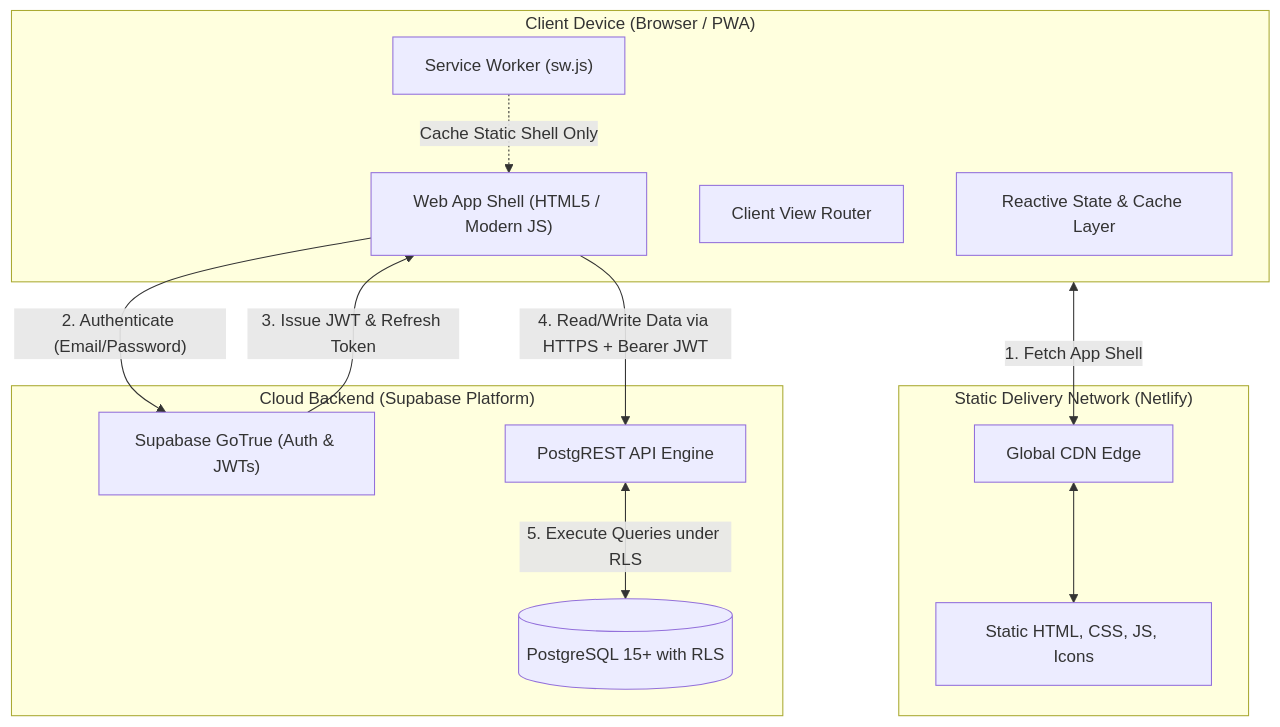
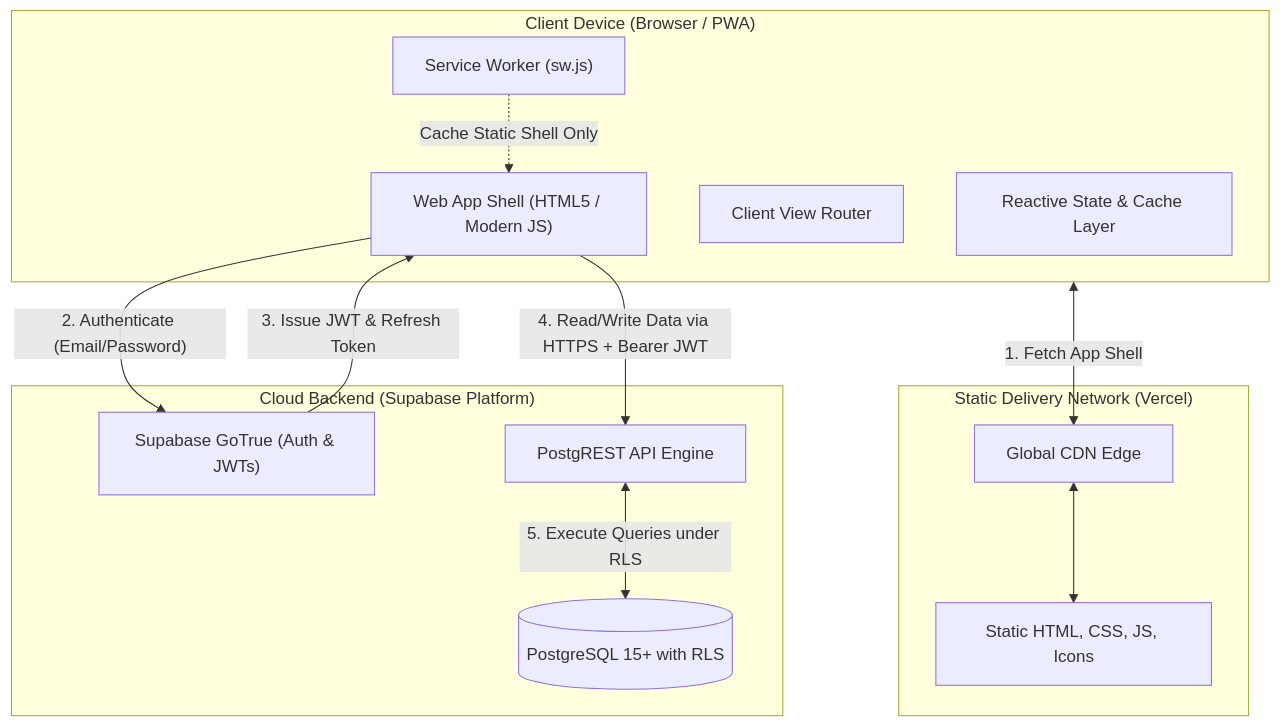
One commit to NairaStreak-Labs/NairaStreak changed the first of 3 diagrams in docs/ARCHITECTURE.md. Above: the diagram before and after it, drawn with Mermaid. The commit also changed other lines of this file and 8 other files, not shown here.

````diff
--- a/docs/ARCHITECTURE.md
+++ b/docs/ARCHITECTURE.md
@@ -11,31 +11,31 @@
 ```mermaid
 flowchart TD
     subgraph ClientDevice ["Client Device (Browser / PWA)"]
         UI["Web App Shell (HTML5 / Modern JS)"]
         Router["Client View Router"]
         StateEngine["Reactive State & Cache Layer"]
         SW["Service Worker (sw.js)"]
     end
 
-    subgraph CDN ["Static Delivery Network (Netlify)"]
+    subgraph CDN ["Static Delivery Network (Vercel)"]
         Edge["Global CDN Edge"]
         StaticAssets["Static HTML, CSS, JS, Icons"]
     end
 
     subgraph CloudBackend ["Cloud Backend (Supabase Platform)"]
         AuthSvc["Supabase GoTrue (Auth & JWTs)"]
         PostgresDB[("PostgreSQL 15+ with RLS")]
         Realtime["PostgREST API Engine"]
     end
 
     ClientDevice <-->|"1. Fetch App Shell"| Edge
     Edge <--> StaticAssets
 
     UI -->|"2. Authenticate (Email/Password)"| AuthSvc
     AuthSvc -->|"3. Issue JWT & Refresh Token"| UI
 
     UI -->|"4. Read/Write Data via HTTPS + Bearer JWT"| Realtime
     Realtime <-->|"5. Execute Queries under RLS"| PostgresDB
 
     SW -.->|"Cache Static Shell Only"| UI
 ```
````
